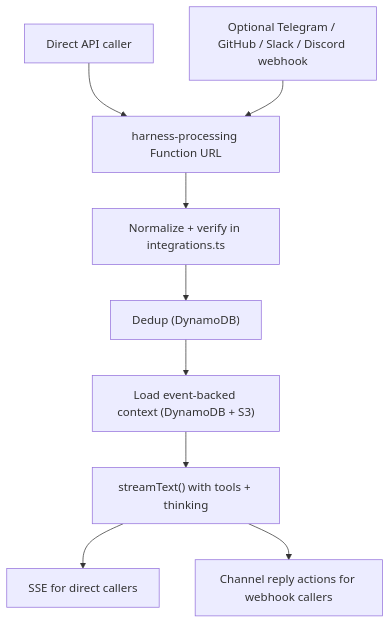
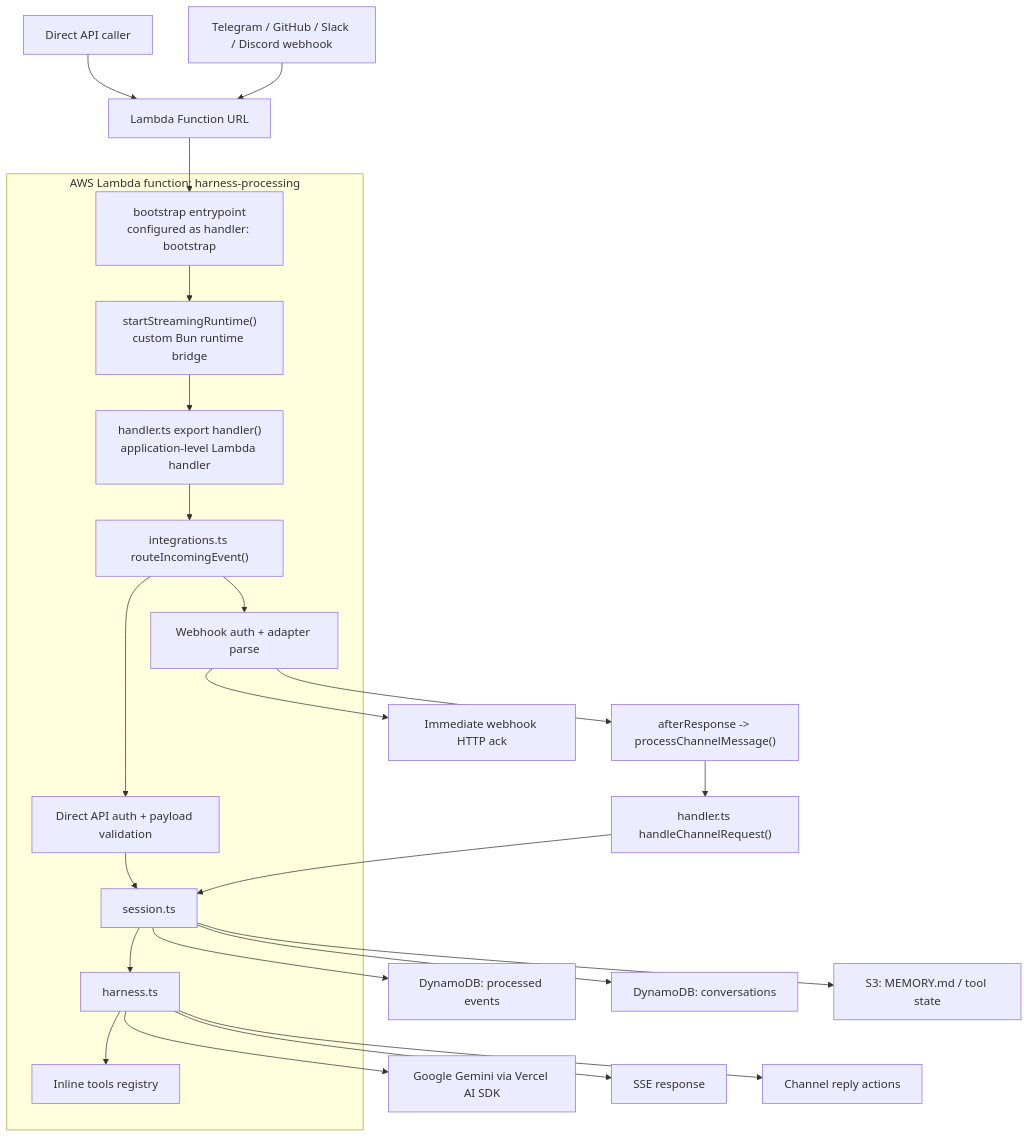
Before and after one commit to beeblastco/filthy-panty: the diagram in README.md, drawn with Mermaid. The commit also changed other lines of this file and 39 other files, not shown here.

````diff
--- a/README.md
+++ b/README.md
@@ -13,11 +13,40 @@
 ```mermaid
 flowchart TD
-  A["Direct API caller"] --> B["harness-processing Function URL"]
-  C["Optional Telegram / GitHub / Slack / Discord webhook"] --> B
-  B --> D["Normalize + verify in integrations.ts"]
-  D --> E["Dedup (DynamoDB)"]
-  E --> F["Load event-backed context (DynamoDB + S3)"]
-  F --> G["streamText() with tools + thinking"]
-  G --> H["SSE for direct callers"]
-  G --> I["Channel reply actions for webhook callers"]
+  A["Direct API caller"] --> B["Lambda Function URL"]
+  C["Telegram / GitHub / Slack / Discord webhook"] --> B
+
+  subgraph L["AWS Lambda function: harness-processing"]
+    D["bootstrap entrypoint<br/>configured as handler: bootstrap"]
+    E["startStreamingRuntime()<br/>custom Bun runtime bridge"]
+    F["handler.ts export handler()<br/>application-level Lambda handler"]
+    G["integrations.ts routeIncomingEvent()"]
+    H["Direct API auth + payload validation"]
+    I["Webhook auth + adapter parse"]
+    J["session.ts"]
+    N["harness.ts"]
+    P["Inline tools registry"]
+  end
+
+  B --> D
+  D --> E
+  E --> F
+  F --> G
+  G --> H
+  G --> I
+
+  H --> J
+  J --> N
+  N --> P
+  N --> O["Google Gemini via Vercel AI SDK"]
+  N --> Q["SSE response"]
+
+  I --> ACK["Immediate webhook HTTP ack"]
+  I --> PR["afterResponse -> processChannelMessage()"]
+  PR --> F2["handler.ts handleChannelRequest()"]
+  F2 --> J
+  N --> R["Channel reply actions"]
+
+  J --> K["DynamoDB: processed events"]
+  J --> L2["DynamoDB: conversations"]
+  J --> M["S3: MEMORY.md / tool state"]
 ```
````
